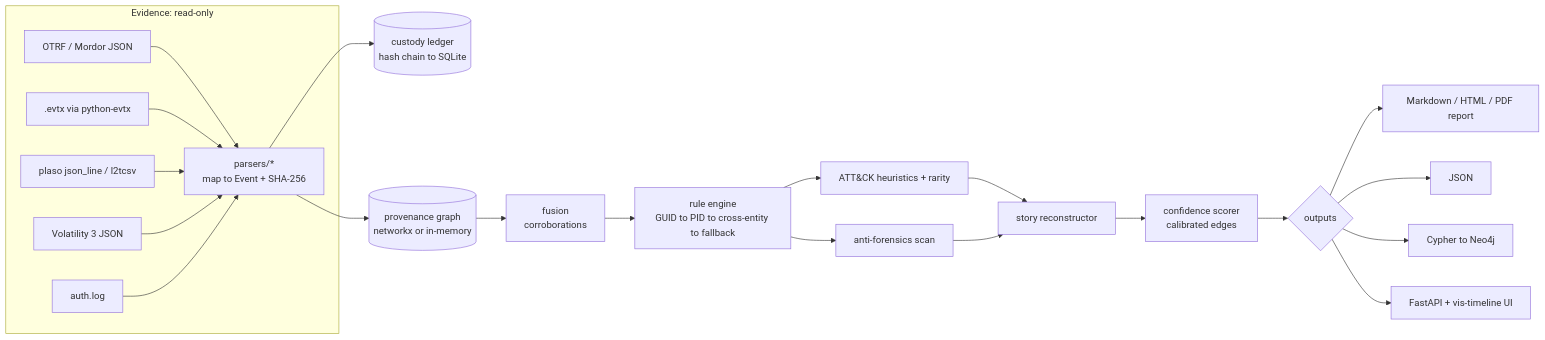
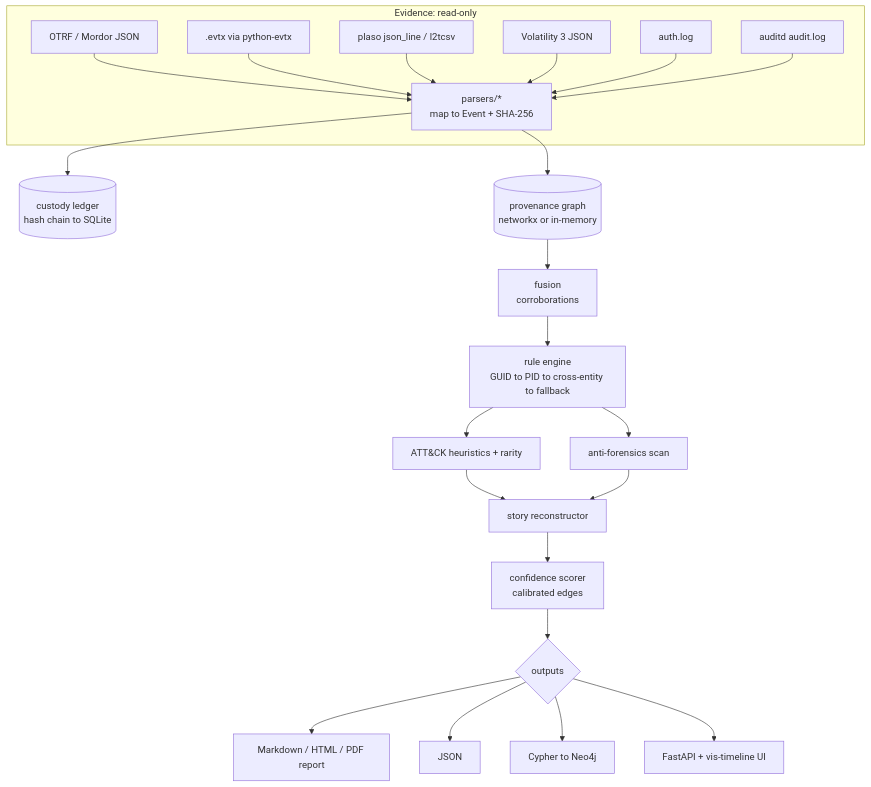
One commit to rakshit-737/revenant changed the diagram in docs/architecture.md. Above: the diagram before and after it, drawn with Mermaid. The commit also changed 28 other files, not shown here.

````diff
--- a/docs/architecture.md
+++ b/docs/architecture.md
@@ -3,24 +3,25 @@
 ```mermaid
-flowchart LR
+flowchart TB
   subgraph Evidence["Evidence: read-only"]
     OTRF["OTRF / Mordor JSON"] --> P
     EVTX[".evtx via python-evtx"] --> P
     PL["plaso json_line / l2tcsv"] --> P
     VOL["Volatility 3 JSON"] --> P
     AUTH["auth.log"] --> P
+    AUD["auditd audit.log"] --> P
   end
   P["parsers/*<br/>map to Event + SHA-256"] --> L[("custody ledger<br/>hash chain to SQLite")]
   P --> G[("provenance graph<br/>networkx or in-memory")]
   G --> F["fusion<br/>corroborations"]
   F --> R["rule engine<br/>GUID to PID to cross-entity to fallback"]
   R --> AF["anti-forensics scan"]
   R --> AT["ATT&CK heuristics + rarity"]
   AT --> S["story reconstructor"]
   AF --> S
   S --> C["confidence scorer<br/>calibrated edges"]
   C --> OUT{"outputs"}
   OUT --> MD["Markdown / HTML / PDF report"]
   OUT --> JS["JSON"]
   OUT --> CY["Cypher to Neo4j"]
   OUT --> API["FastAPI + vis-timeline UI"]
 ```
````
